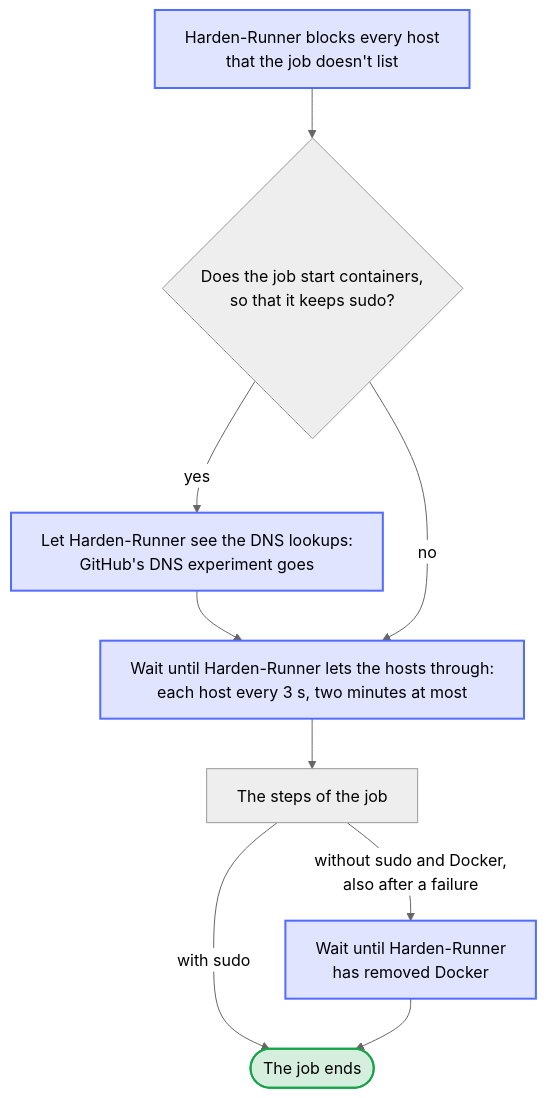
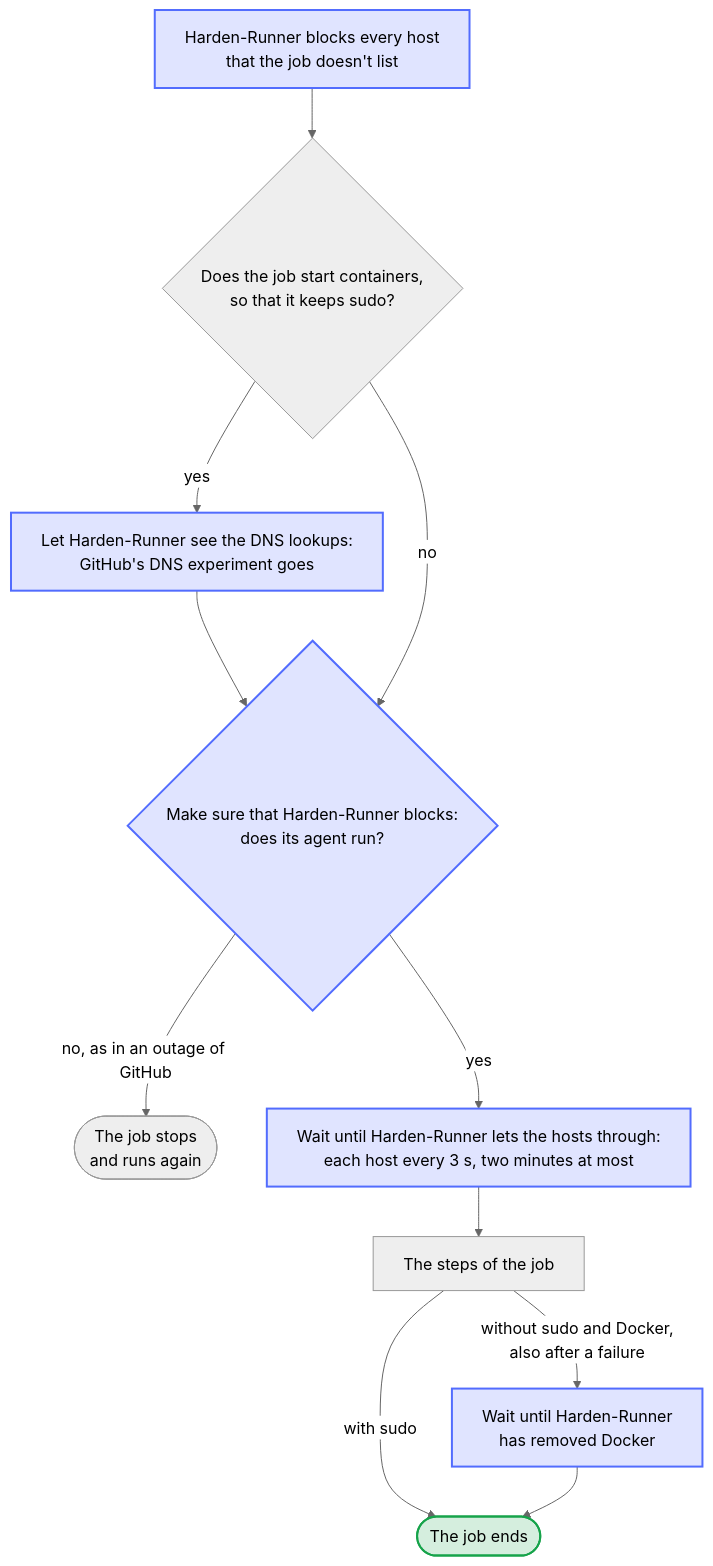
The diagram in docs/diagrams/job-behind-harden-runner.en.mmd (Dennis-Otto/homedarts-for-autodarts), drawn with Mermaid (neutral theme) before and after one commit. The commit also changed 22 other files, not shown here.

First line of the commit message:
fix(ci): the project's own jobs stop when Harden-Runner doesn't block

```diff
--- a/docs/diagrams/job-behind-harden-runner.en.mmd
+++ b/docs/diagrams/job-behind-harden-runner.en.mmd
@@ -1,20 +1,22 @@
 ---
 config:
   flowchart:
     wrappingWidth: 400
 ---
 flowchart TB
   accTitle: The steps of a job behind Harden-Runner
-  accDescr: Harden-Runner blocks every host that the job doesn't list. A job that starts containers keeps sudo, and takes GitHub's DNS experiment away. Every job then asks its hosts every 3 seconds, for two minutes at most, until Harden-Runner lets them through, and runs its steps. A job without sudo and Docker ends only after Harden-Runner has removed Docker, also after a failure.
+  accDescr: Harden-Runner blocks every host that the job doesn't list. A job that starts containers keeps sudo, and takes GitHub's DNS experiment away. Every job then makes sure that the agent of Harden-Runner blocks, and stops when it doesn't, to run again. It asks its hosts every 3 seconds, for two minutes at most, until Harden-Runner lets them through, and runs its steps. A job without sudo and Docker ends only after Harden-Runner has removed Docker, also after a failure.
   BLOCK["Harden-Runner blocks every host<br/>that the job doesn't list"] --> SUDO{"Does the job start containers,<br/>so that it keeps sudo?"}
   SUDO -- "yes" --> LOOKUPS["Let Harden-Runner see the DNS lookups:<br/>GitHub's DNS experiment goes"]
-  LOOKUPS --> WAIT
-  SUDO -- "no" --> WAIT["Wait until Harden-Runner lets the hosts through:<br/>each host every 3 s, two minutes at most"]
+  LOOKUPS --> SURE
+  SUDO -- "no" --> SURE{"Make sure that Harden-Runner blocks:<br/>does its agent run?"}
+  SURE -- "no, as in an outage of GitHub" --> STOP(["The job stops<br/>and runs again"])
+  SURE -- "yes" --> WAIT["Wait until Harden-Runner lets the hosts through:<br/>each host every 3 s, two minutes at most"]
   WAIT --> STEPS["The steps of the job"]
   STEPS -- "with sudo" --> END(["The job ends"])
   STEPS -- "without sudo and Docker,<br/>also after a failure" --> DOCKER["Wait until Harden-Runner<br/>has removed Docker"]
   DOCKER --> END
   classDef bot fill:#526cfe2e,stroke:#526cfe,stroke-width:2px
   classDef done fill:#16a34a2e,stroke:#16a34a,stroke-width:2px
-  class BLOCK,LOOKUPS,WAIT,DOCKER bot
+  class BLOCK,LOOKUPS,SURE,WAIT,DOCKER bot
   class END done
```
